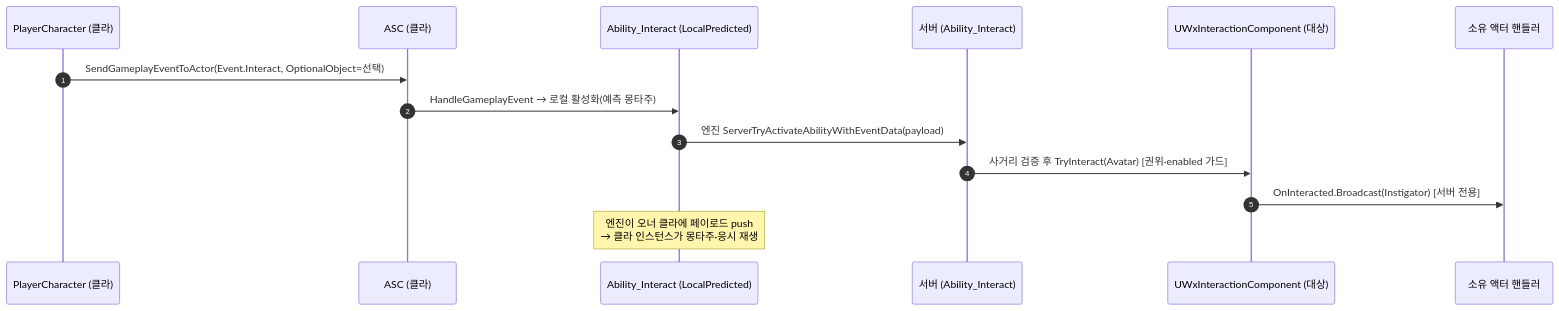
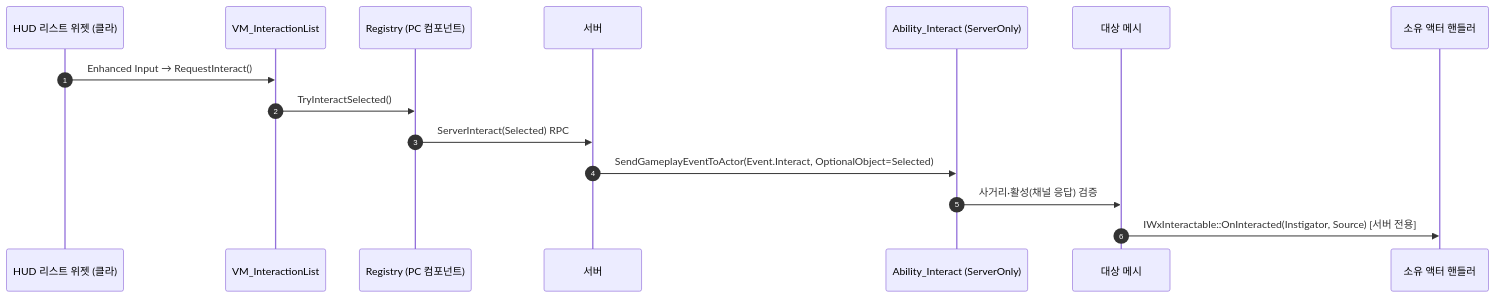
One commit to Woogl/ProjectWx changed the second of 2 diagrams in Docs/Programmer/Interaction_System.md. Above: the diagram before and after it, drawn with Mermaid. The commit also changed other lines of this file and 83 other files, not shown here.

````diff
--- a/Docs/Programmer/Interaction_System.md
+++ b/Docs/Programmer/Interaction_System.md
@@ -80,16 +82,17 @@
 ```mermaid
 sequenceDiagram
     autonumber
-    participant PC as PlayerCharacter (클라)
-    participant ASC as ASC (클라)
-    participant AB as Ability_Interact (LocalPredicted)
-    participant SV as 서버 (Ability_Interact)
-    participant IC as UWxInteractionComponent (대상)
+    participant W as HUD 리스트 위젯 (클라)
+    participant VM as VM_InteractionList
+    participant R as Registry (PC 컴포넌트)
+    participant SV as 서버
+    participant AB as Ability_Interact (ServerOnly)
+    participant IC as 대상 메시
     participant H as 소유 액터 핸들러
-    PC->>ASC: SendGameplayEventToActor(Event.Interact, OptionalObject=선택)
-    ASC->>AB: HandleGameplayEvent → 로컬 활성화(예측 몽타주)
-    AB->>SV: 엔진 ServerTryActivateAbilityWithEventData(payload)
-    SV->>IC: 사거리 검증 후 TryInteract(Avatar) [권위·enabled 가드]
-    IC->>H: OnInteracted.Broadcast(Instigator) [서버 전용]
-    Note over AB: 엔진이 오너 클라에 페이로드 push<br/>→ 클라 인스턴스가 몽타주·응시 재생
+    W->>VM: Enhanced Input → RequestInteract()
+    VM->>R: TryInteractSelected()
+    R->>SV: ServerInteract(Selected) RPC
+    SV->>AB: SendGameplayEventToActor(Event.Interact, OptionalObject=Selected)
+    AB->>IC: 사거리·활성(채널 응답) 검증
+    IC->>H: IWxInteractable::OnInteracted(Instigator, Source) [서버 전용]
 ```
````
